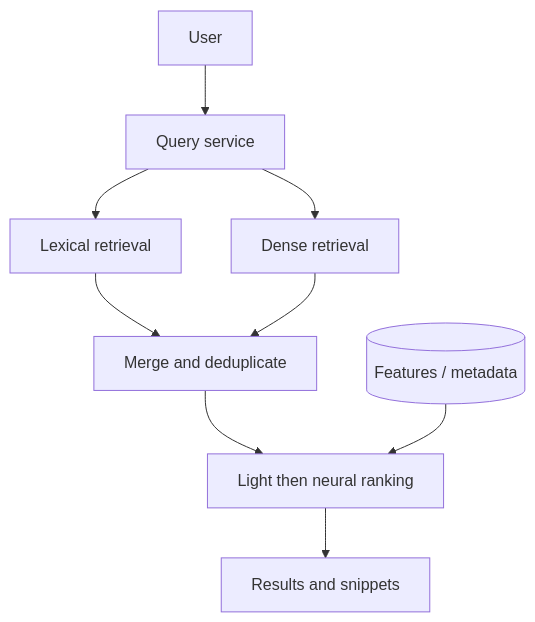
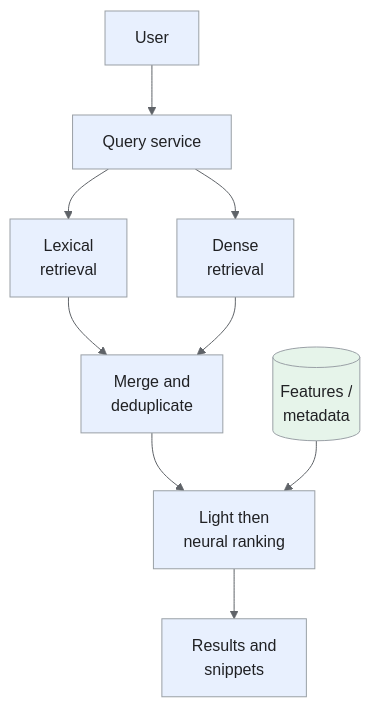
The first of 6 diagrams in _designs/system-design-ml-search-ranking-web-search.md (iliazlobin/iliazlobin.github.io), drawn with Mermaid before and after one commit. The commit also changed other lines of this file and 131 other files, not shown here.

````diff
--- a/_designs/system-design-ml-search-ranking-web-search.md
+++ b/_designs/system-design-ml-search-ranking-web-search.md
@@ -121,11 +139,18 @@
 ```mermaid
+%%{init: {'theme':'base','themeVariables':{'primaryColor':'#e8f0fe','primaryTextColor':'#202124','primaryBorderColor':'#9aa0a6','lineColor':'#5f6368','secondaryColor':'#e6f4ea','tertiaryColor':'#fef7e0','actorBkg':'#e8f0fe','actorBorder':'#9aa0a6','actorTextColor':'#202124','noteBkgColor':'#fef7e0','noteTextColor':'#202124','noteBorderColor':'#9aa0a6','signalColor':'#5f6368','signalTextColor':'#202124','labelBoxBkgColor':'#fef7e0','labelBoxBorderColor':'#9aa0a6'}}}%%
 flowchart TB
     U["User"] --> Q["Query service"]
-    Q --> L["Lexical retrieval"]
-    Q --> V["Dense retrieval"]
-    L --> M["Merge and deduplicate"]
+    Q --> L["Lexical<br>retrieval"]
+    Q --> V["Dense<br>retrieval"]
+    L --> M["Merge and<br>deduplicate"]
     V --> M
-    M --> R["Light then neural ranking"]
-    R --> O["Results and snippets"]
-    F[("Features / metadata")] --> R
+    M --> R["Light then<br>neural ranking"]
+    R --> O["Results and<br>snippets"]
+    F[("Features /<br>metadata")] --> R
+classDef request fill:#e8f0fe,stroke:#9aa0a6,color:#202124;
+classDef data fill:#e6f4ea,stroke:#9aa0a6,color:#202124;
+classDef control fill:#fef7e0,stroke:#9aa0a6,color:#202124;
+class U,Q,L,V,M,R,O request;
+class F data;
+
 ```
````
